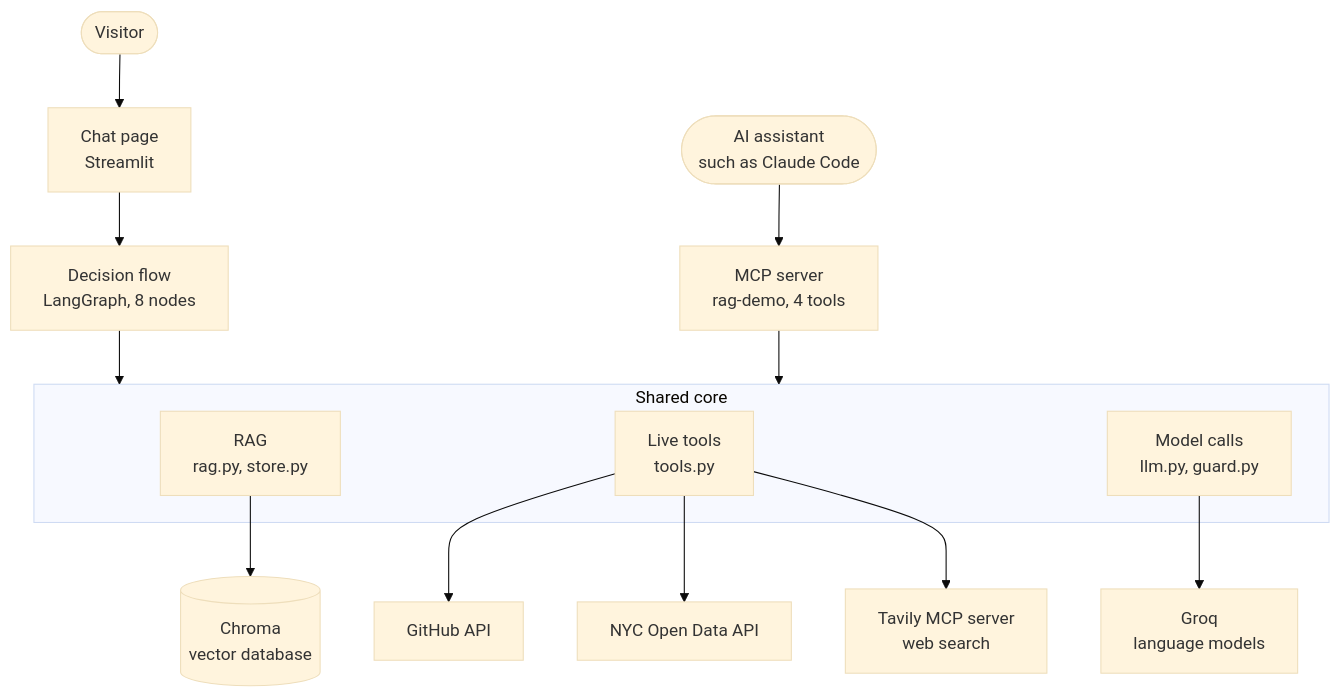
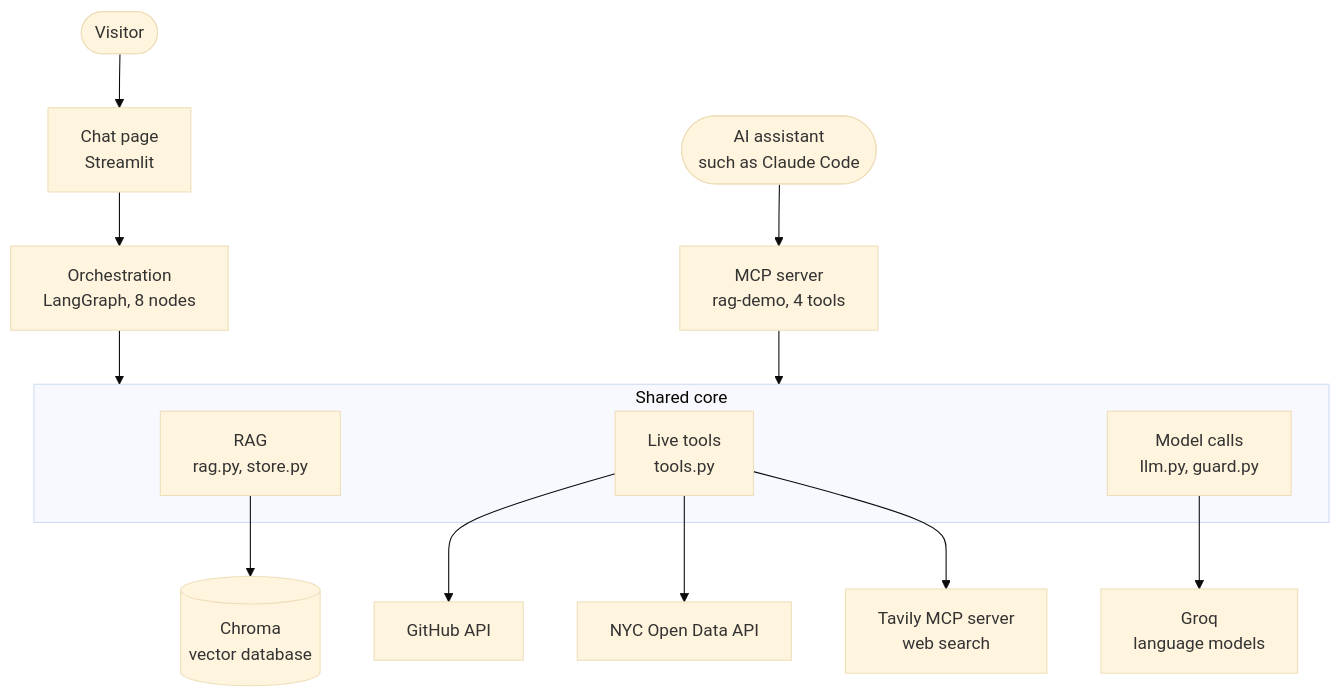
One commit to jcsmei/Claude_Demo changed the first of 4 diagrams in ARCHITECTURE.md. Above: the diagram before and after it, drawn with Mermaid (base theme). The commit also changed other lines of this file and 22 other files, not shown here.

````diff
--- a/ARCHITECTURE.md
+++ b/ARCHITECTURE.md
@@ -73,21 +73,21 @@
 ```mermaid
 flowchart TB
     visitor([Visitor]) --> app[Chat page<br/>Streamlit]
     assistant([AI assistant<br/>such as Claude Code]) --> server[MCP server<br/>rag-demo, 4 tools]
 
-    app --> flow[Decision flow<br/>LangGraph, 8 nodes]
+    app --> flow[Orchestration<br/>LangGraph, 8 nodes]
     flow --> core
     server --> core
 
     subgraph core [Shared core]
         rag[RAG<br/>rag.py, store.py]
         tools[Live tools<br/>tools.py]
         llm[Model calls<br/>llm.py, guard.py]
     end
 
     rag --> chroma[(Chroma<br/>vector database)]
     llm --> groq[Groq<br/>language models]
     tools --> github[GitHub API]
     tools --> nyc[NYC Open Data API]
     tools --> tavily[Tavily MCP server<br/>web search]
 ```
````
